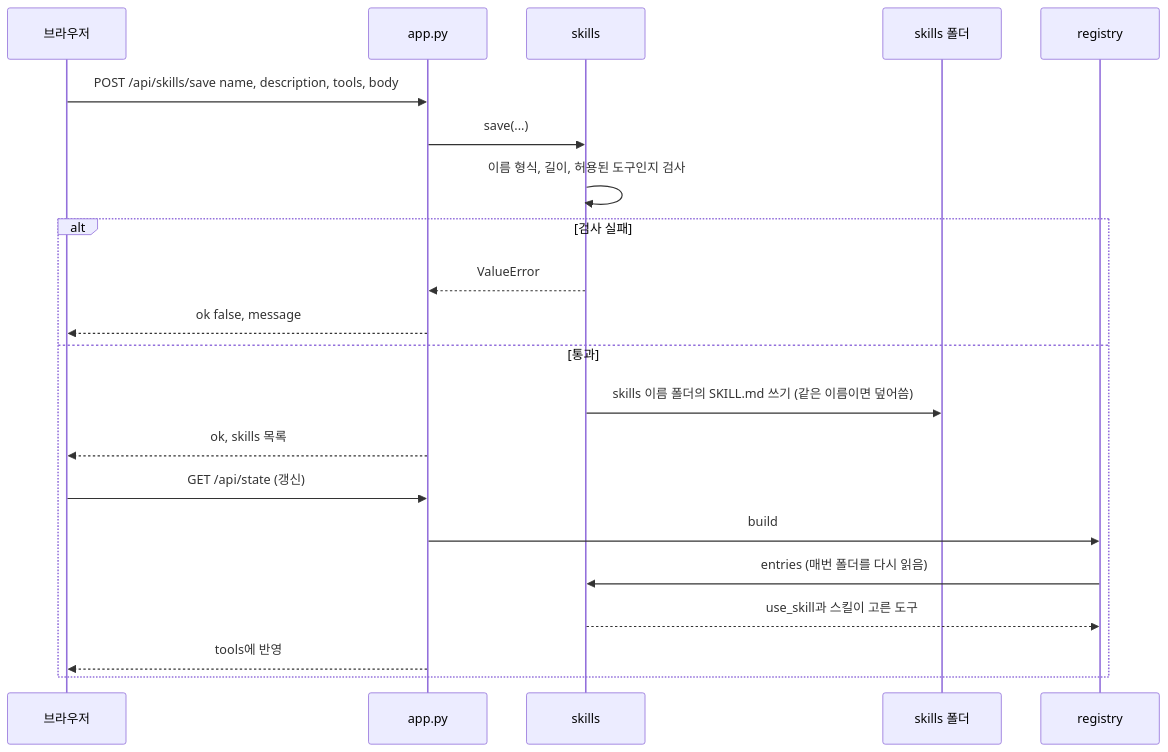
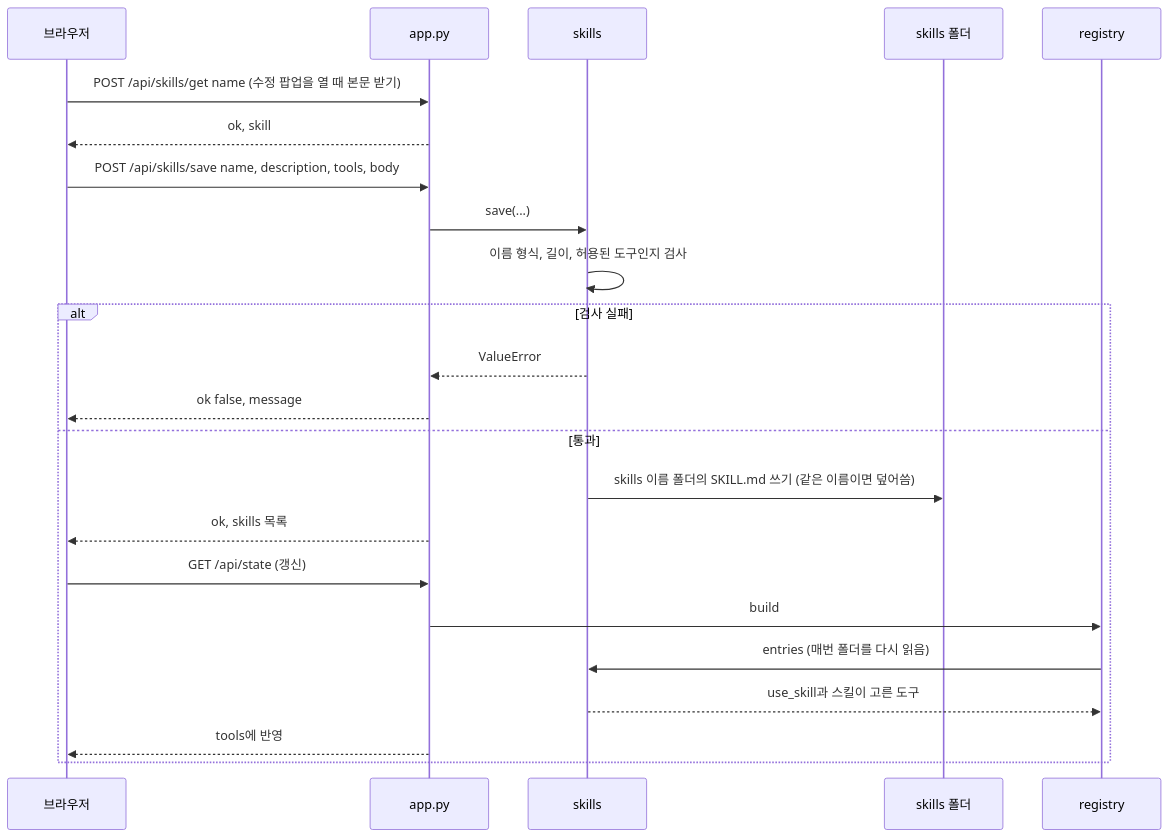
Before and after one commit to suhwanju-ai/PersonalAgent: the tenth of 10 diagrams in documents/sequence-diagrams.md, drawn with Mermaid. The commit also changed 10 other files, not shown here.

````diff
--- a/documents/sequence-diagrams.md
+++ b/documents/sequence-diagrams.md
@@ -287,24 +287,26 @@
 ```mermaid
 sequenceDiagram
     participant B as 브라우저
     participant A as app.py
     participant SK as skills
     participant FS as skills 폴더
     participant RG as registry
 
+    B->>A: POST /api/skills/get name (수정 팝업을 열 때 본문 받기)
+    A-->>B: ok, skill
     B->>A: POST /api/skills/save name, description, tools, body
     A->>SK: save(...)
     SK->>SK: 이름 형식, 길이, 허용된 도구인지 검사
     alt 검사 실패
         SK-->>A: ValueError
         A-->>B: ok false, message
     else 통과
         SK->>FS: skills 이름 폴더의 SKILL.md 쓰기 (같은 이름이면 덮어씀)
         A-->>B: ok, skills 목록
         B->>A: GET /api/state (갱신)
         A->>RG: build
         RG->>SK: entries (매번 폴더를 다시 읽음)
         SK-->>RG: use_skill과 스킬이 고른 도구
         A-->>B: tools에 반영
     end
 ```
````
